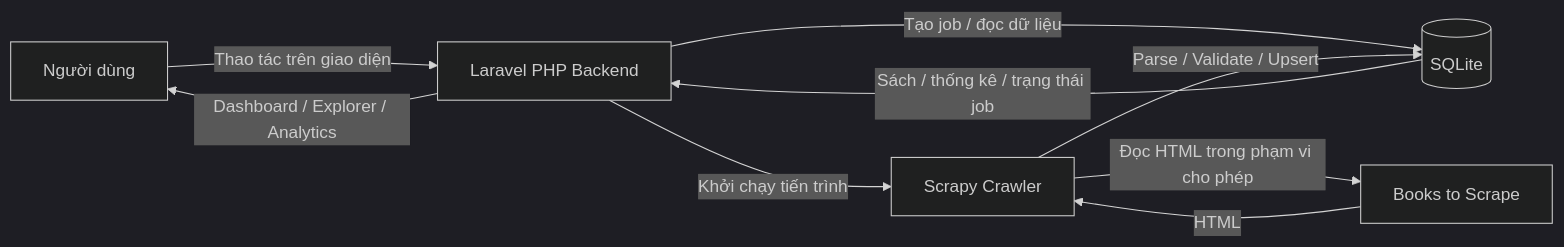
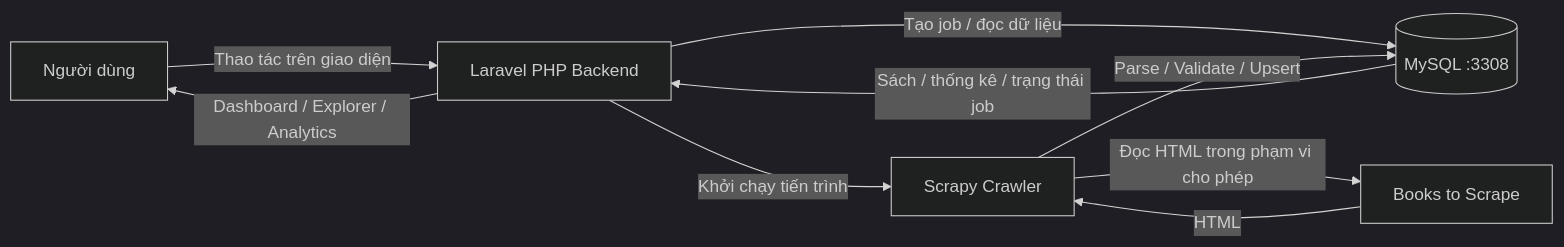
The diagram in README.md (huytothevoz/LTW_ThucHanh), drawn with Mermaid (dark theme) before and after one commit. The commit also changed other lines of this file and 56 other files, not shown here.

````diff
--- a/README.md
+++ b/README.md
@@ -71,11 +72,11 @@
 ```mermaid
 flowchart LR
     A[Người dùng] -->|Thao tác trên giao diện| B[Laravel PHP Backend]
-    B -->|Tạo job / đọc dữ liệu| C[(SQLite)]
+    B -->|Tạo job / đọc dữ liệu| C[(MySQL :3308)]
     B -->|Khởi chạy tiến trình| D[Scrapy Crawler]
     D -->|Đọc HTML trong phạm vi cho phép| E[Books to Scrape]
     E -->|HTML| D
     D -->|Parse / Validate / Upsert| C
     C -->|Sách / thống kê / trạng thái job| B
     B -->|Dashboard / Explorer / Analytics| A
 ```
````
